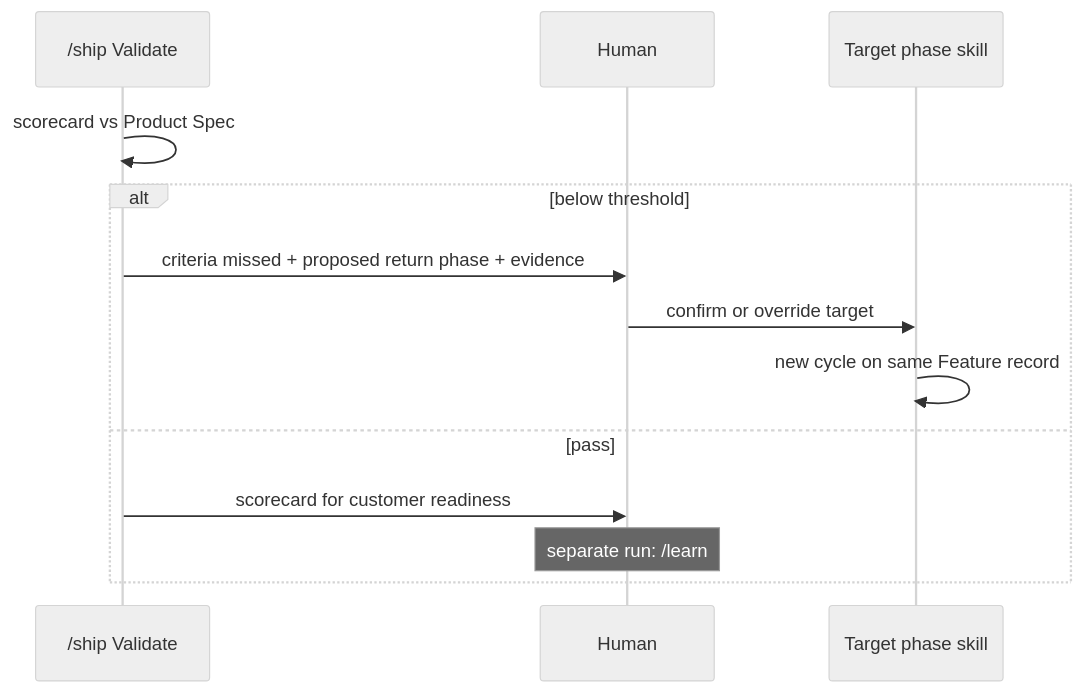
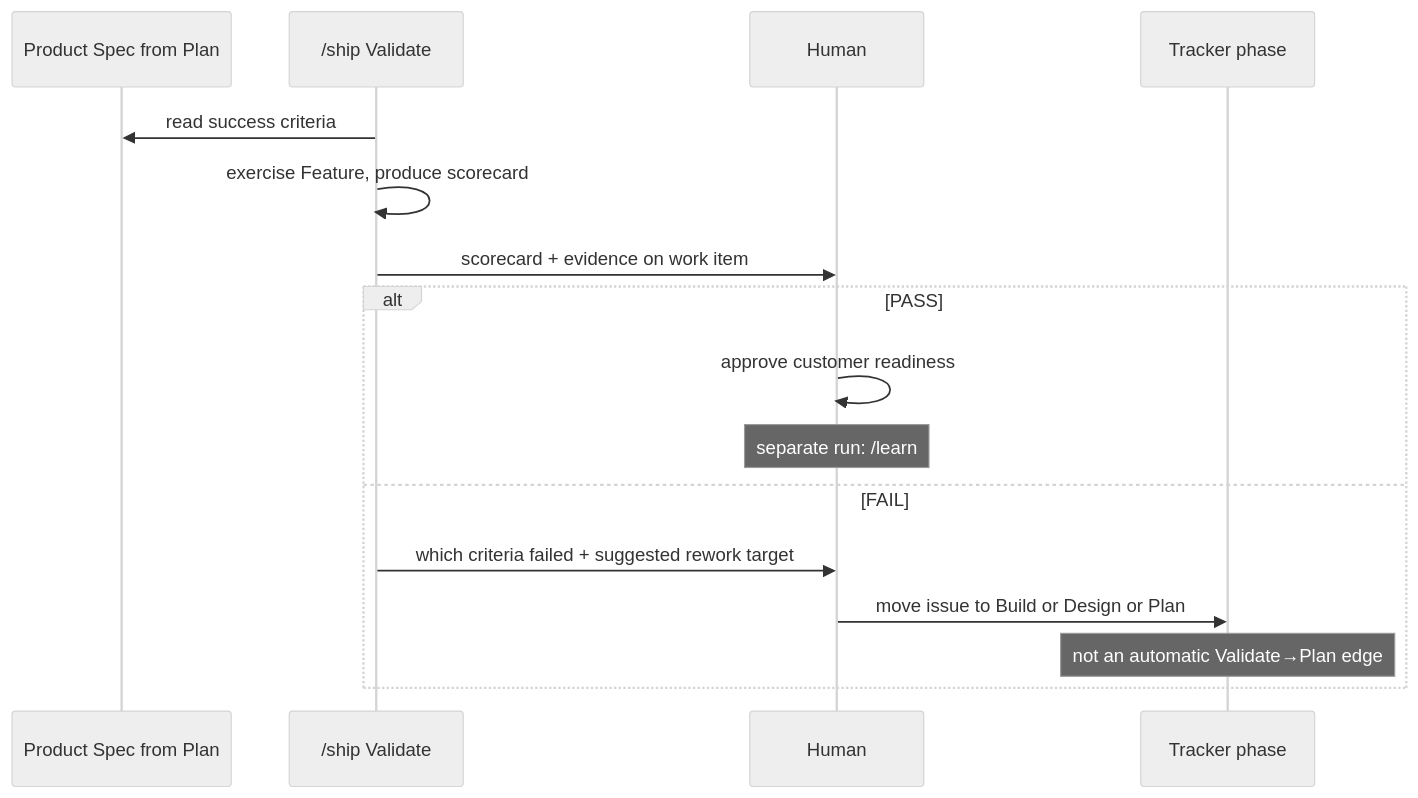
The ninth of 11 diagrams in docs/GETTING-ORIENTED.md (queen-of-code/AI-DLC), drawn with Mermaid (neutral theme) before and after one commit. The commit also changed other lines of this file and 1 other file, not shown here.

First line of the commit message:
docs: separate V-model correspondence from tracker phase flow

````diff
--- a/docs/GETTING-ORIENTED.md
+++ b/docs/GETTING-ORIENTED.md
@@ -240,16 +281,19 @@
 ```mermaid
 sequenceDiagram
+  participant PS as Product Spec from Plan
   participant Ship as /ship Validate
   participant Human
-  participant Phase as Target phase skill
+  participant Board as Tracker phase
 
-  Ship->>Ship: scorecard vs Product Spec
-  alt below threshold
-    Ship->>Human: criteria missed + proposed return phase + evidence
-    Human->>Phase: confirm or override target
-    Phase->>Phase: new cycle on same Feature record
-  else pass
-    Ship->>Human: scorecard for customer readiness
+  Ship->>PS: read success criteria
+  Ship->>Ship: exercise Feature, produce scorecard
+  Ship->>Human: scorecard + evidence on work item
+  alt PASS
+    Human->>Human: approve customer readiness
     Note over Human: separate run: /learn
+  else FAIL
+    Ship->>Human: which criteria failed + suggested rework target
+    Human->>Board: move issue to Build or Design or Plan
+    Note over Board: not an automatic Validate→Plan edge
   end
 ```
````
